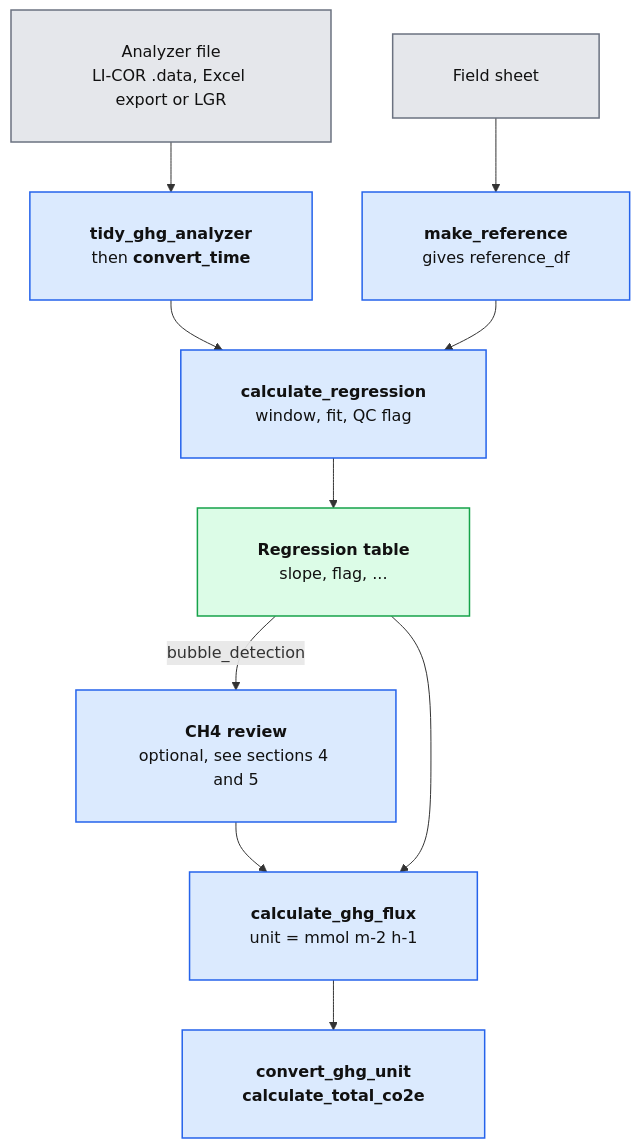
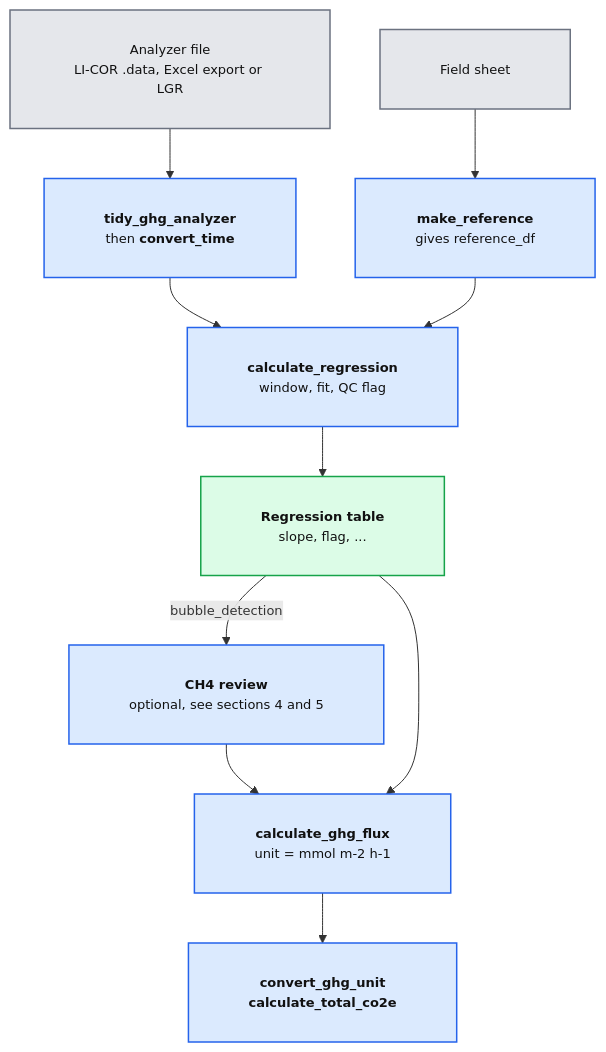
The first of 6 diagrams in README.md (Zhao-Jun-Yong/aelab), drawn with Mermaid before and after one commit. The commit also changed other lines of this file, not shown here.

Commit message:
docs(readme): mermaid font 13px, init directive on its own line

````diff
--- a/README.md
+++ b/README.md
@@ -65,25 +65,26 @@
 ```mermaid
-%%{init: {"flowchart": {"padding": 30}}}%% flowchart TD
+%%{init: {"themeVariables": {"fontSize": "13px"}, "flowchart": {"padding": 30}}}%%
+flowchart TD
   a1["Analyzer file<br>LI-COR .data, Excel export or LGR"]
   a2["<b>tidy_ghg_analyzer</b><br>then <b>convert_time</b>"]
   f1["Field sheet"]
   f2["<b>make_reference</b><br>gives reference_df"]
   r1["<b>calculate_regression</b><br>window, fit, QC flag"]
   t1["<b>Regression table</b><br>slope, flag, ..."]
   rv["<b>CH4 review</b><br>optional, see sections 4 and 5"]
   fx["<b>calculate_ghg_flux</b><br>unit = mmol m-2 h-1"]
   cv["<b>convert_ghg_unit</b><br><b>calculate_total_co2e</b>"]
   a1 --> a2 --> r1
   f1 --> f2 --> r1
   r1 --> t1
   t1 -->|"bubble_detection"| rv --> fx
   t1 --> fx
   fx --> cv
   class a1,f1 input
   class a2,f2,r1,rv,fx,cv func
   class t1 tbl
 
 classDef input fill:#e5e7eb,stroke:#6b7280,color:#111,stroke-width:1.5px
 classDef func fill:#dbeafe,stroke:#2563eb,color:#111,stroke-width:1.5px
 classDef tbl fill:#dcfce7,stroke:#16a34a,color:#111,stroke-width:1.5px
 ```
````
